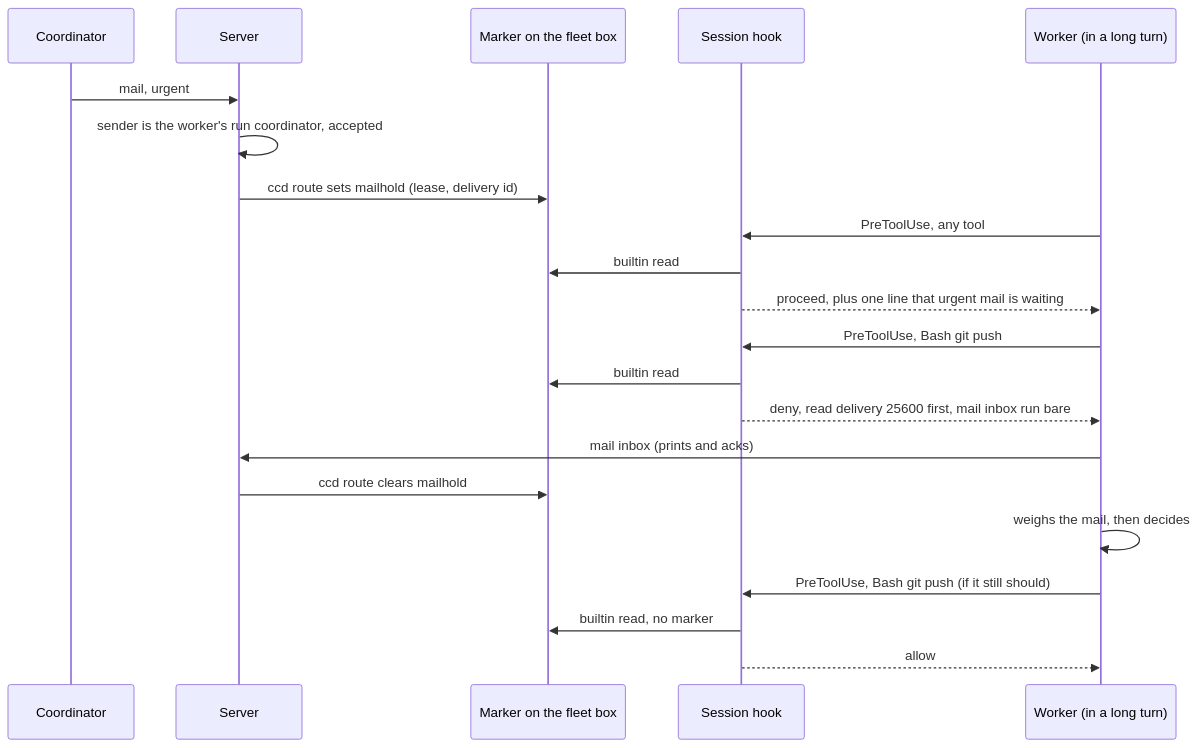
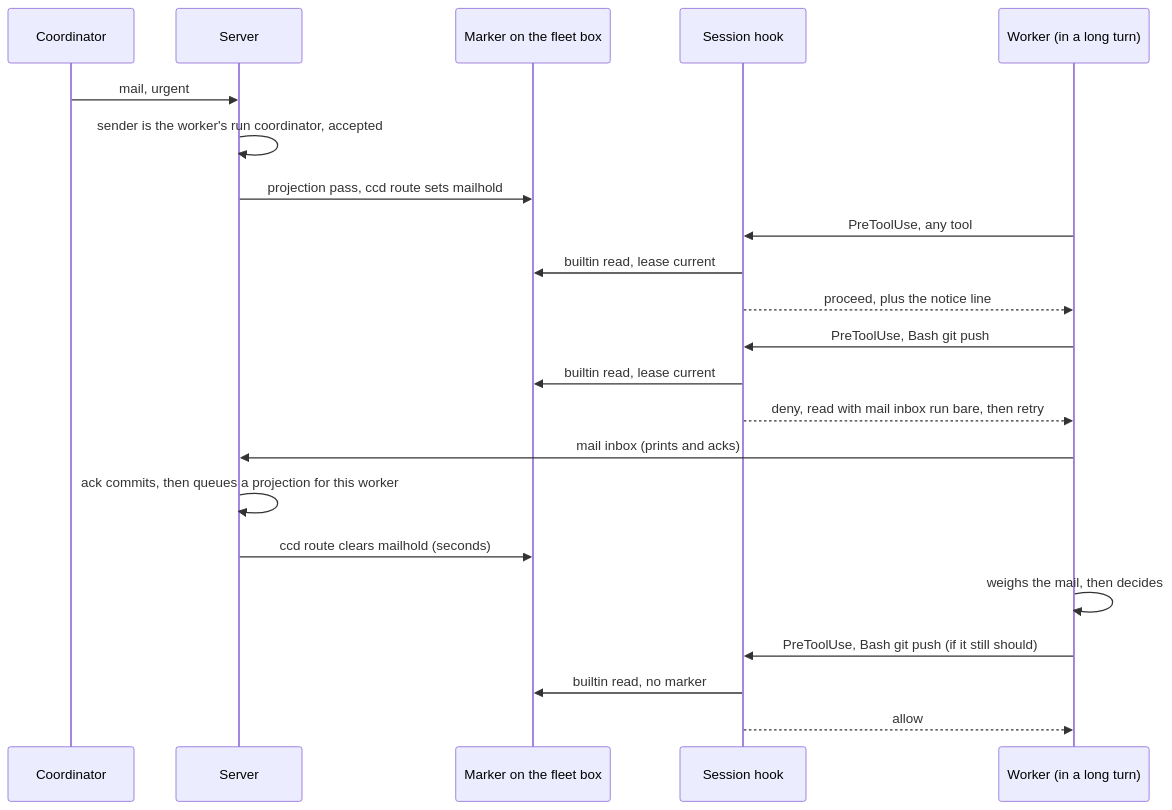
Before and after one commit to Synapsium-Labs/ccrc-pwa: the second of 2 diagrams in docs/superpowers/specs/2026-11-19-mid-turn-mail-design.md, drawn with Mermaid. The commit also changed other lines of this file and 1 other file, not shown here.

First line of the commit message:
docs(overlord): mid-turn mail design, fix round 2 - lease, bounds, role, matcher (wave 165)

````diff
--- a/docs/superpowers/specs/2026-11-19-mid-turn-mail-design.md
+++ b/docs/superpowers/specs/2026-11-19-mid-turn-mail-design.md
@@ -143,23 +149,24 @@
 ```mermaid
 sequenceDiagram
   participant C as Coordinator
   participant S as Server
   participant M as Marker on the fleet box
   participant H as Session hook
   participant W as Worker (in a long turn)
   C->>S: mail, urgent
   S->>S: sender is the worker's run coordinator, accepted
-  S->>M: ccd route sets mailhold (lease, delivery id)
+  S->>M: projection pass, ccd route sets mailhold
   W->>H: PreToolUse, any tool
-  H->>M: builtin read
-  H-->>W: proceed, plus one line that urgent mail is waiting
+  H->>M: builtin read, lease current
+  H-->>W: proceed, plus the notice line
   W->>H: PreToolUse, Bash git push
-  H->>M: builtin read
-  H-->>W: deny, read delivery 25600 first, mail inbox run bare
+  H->>M: builtin read, lease current
+  H-->>W: deny, read with mail inbox run bare, then retry
   W->>S: mail inbox (prints and acks)
-  S->>M: ccd route clears mailhold
+  S->>S: ack commits, then queues a projection for this worker
+  S->>M: ccd route clears mailhold (seconds)
   W->>W: weighs the mail, then decides
   W->>H: PreToolUse, Bash git push (if it still should)
   H->>M: builtin read, no marker
   H-->>W: allow
 ```
````
